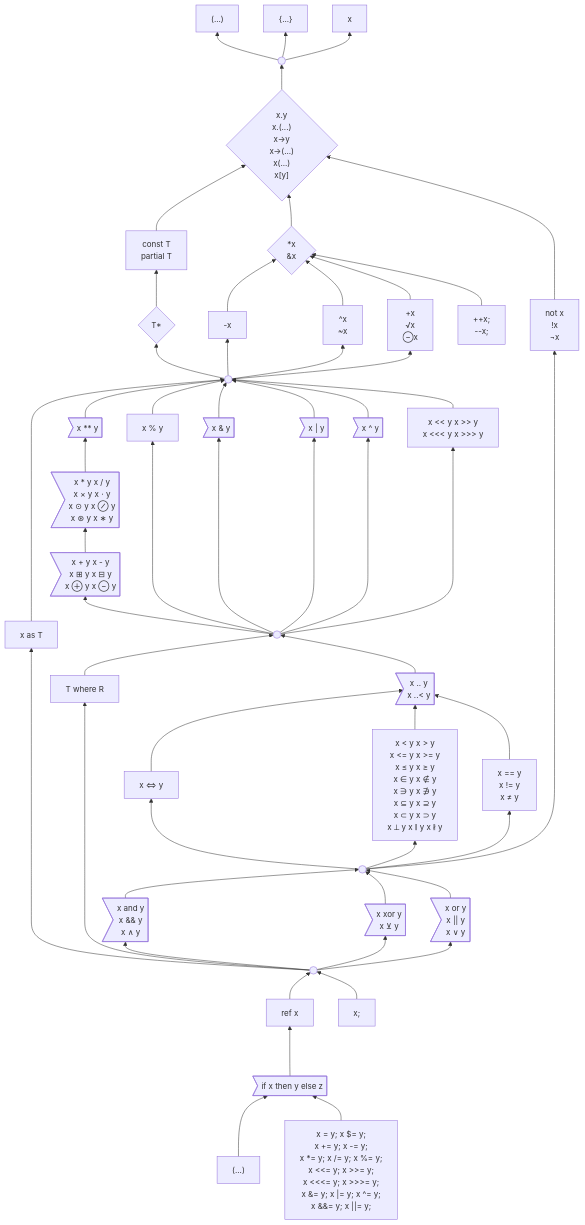
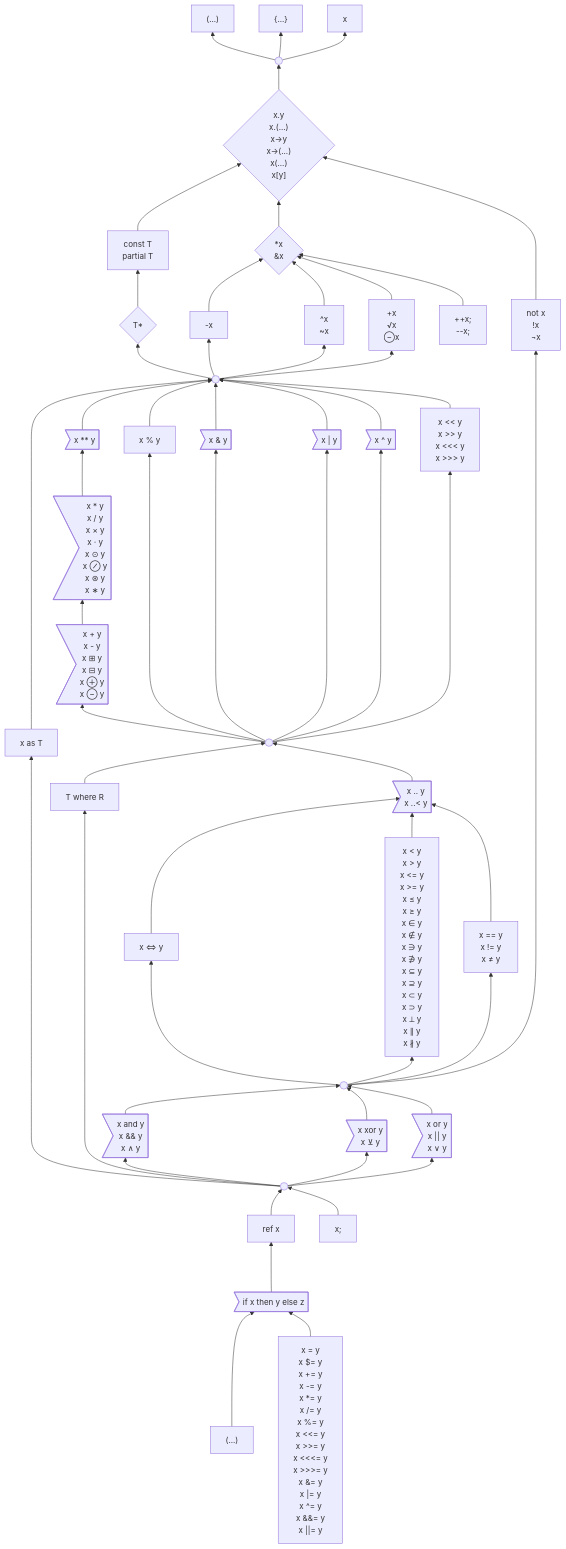
The diagram in 6 .../2 Unfinished Ideas.md (laro/Cilia), drawn with Mermaid before and after one commit.

Commit message:
Update 2 Unfinished Ideas.md

```diff
--- a/6 .../2 Unfinished Ideas.md
+++ b/6 .../2 Unfinished Ideas.md
@@ -200,15 +200,22 @@
 
     power>"x ** y"]
 
-    multiplication>"x * y      x / y
-                    x × y      x ⋅ y
-                    x ⊙ y      x ⊘ y
-                    x ⊛ y      x ∗ y"]
+    multiplication>"x * y
+                    x / y
+                    x × y
+                    x ⋅ y
+                    x ⊙ y
+                    x ⊘ y
+                    x ⊛ y
+                    x ∗ y"]
     click multiplication "https://github.com/carbon-language/carbon-lang/blob/trunk/docs/design/expressions/arithmetic.md"
 
-    addition>"x + y      x - y
-              x ⊞ y      x ⊟ y
-              x ⊕ y      x ⊖ y"]
+    addition>"x + y
+              x - y
+              x ⊞ y
+              x ⊟ y
+              x ⊕ y
+              x ⊖ y"]
     click addition "https://github.com/carbon-language/carbon-lang/blob/trunk/docs/design/expressions/arithmetic.md"
 
     modulo["x % y"]
@@ -221,8 +228,10 @@
     click bitwise_or "https://github.com/carbon-language/carbon-lang/blob/trunk/docs/design/expressions/bitwise.md"
     click bitwise_xor "https://github.com/carbon-language/carbon-lang/blob/trunk/docs/design/expressions/bitwise.md"
 
-    shift["x << y     x >> y
-           x <<< y    x >>> y"]
+    shift["x << y
+           x >> y
+           x <<< y
+           x >>> y"]
     click shift "https://github.com/carbon-language/carbon-lang/blob/trunk/docs/design/expressions/bitwise.md"
 
     binaryOps((" "))
@@ -234,14 +243,23 @@
 
     threeWay["x <=> y"]
 
-    comparison["x < y      x > y
-                x <= y     x >= y
-                x ≤ y      x ≥ y
-                x ∈ y      x ∉ y
-                x ∋ y      x ∌ y
-                x ⊆ y      x ⊇ y
-                x ⊂ y      x ⊃ y
-                x ⟂ y      x ∥ y      x ∦ y"]
+    comparison["x < y
+                x > y
+                x <= y
+                x >= y
+                x ≤ y
+                x ≥ y
+                x ∈ y
+                x ∉ y
+                x ∋ y
+                x ∌ y
+                x ⊆ y
+                x ⊇ y
+                x ⊂ y
+                x ⊃ y
+                x ⟂ y
+                x ∥ y
+                x ∦ y"]
     click comparison "https://github.com/carbon-language/carbon-lang/blob/trunk/docs/design/expressions/comparison_operators.md"
 
     equality["x == y
@@ -278,13 +296,22 @@
 
     insideParens["(...)"]
 
-    assignment["x = y;      x $= y;
-                x += y;     x -= y;
-                x *= y;     x /= y;     x %= y;
-                x <<= y;    x >>= y;
-                x <<<= y;   x >>>= y;
-                x &= y;     x |= y;     x ^= y;
-                x &&= y;    x ||= y;"]
+    assignment["x = y
+                x $= y
+                x += y
+                x -= y
+                x *= y
+                x /= y
+                x %= y
+                x <<= y
+                x >>= y
+                x <<<= y
+                x >>>= y
+                x &= y
+                x |= y
+                x ^= y
+                x &&= y
+                x ||= y"]
     click assignment "https://github.com/carbon-language/carbon-lang/blob/trunk/docs/design/assignment.md"
 
     expressionStatement["x;"]
```
